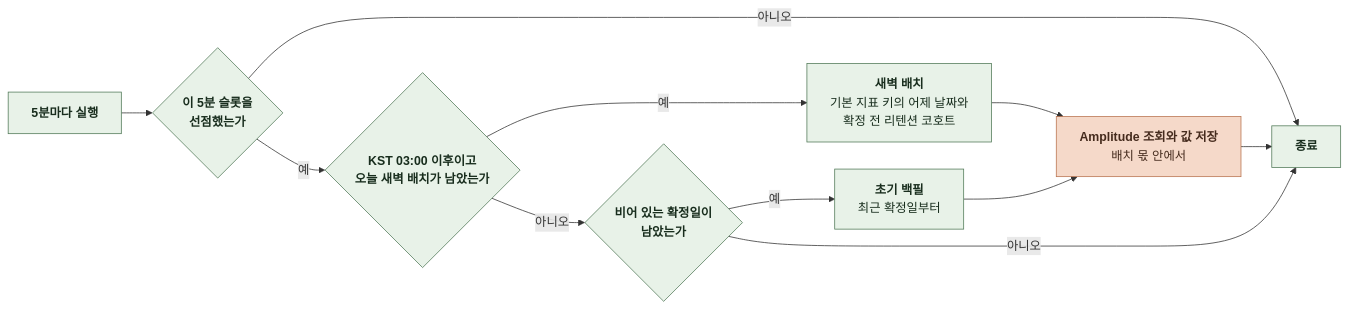
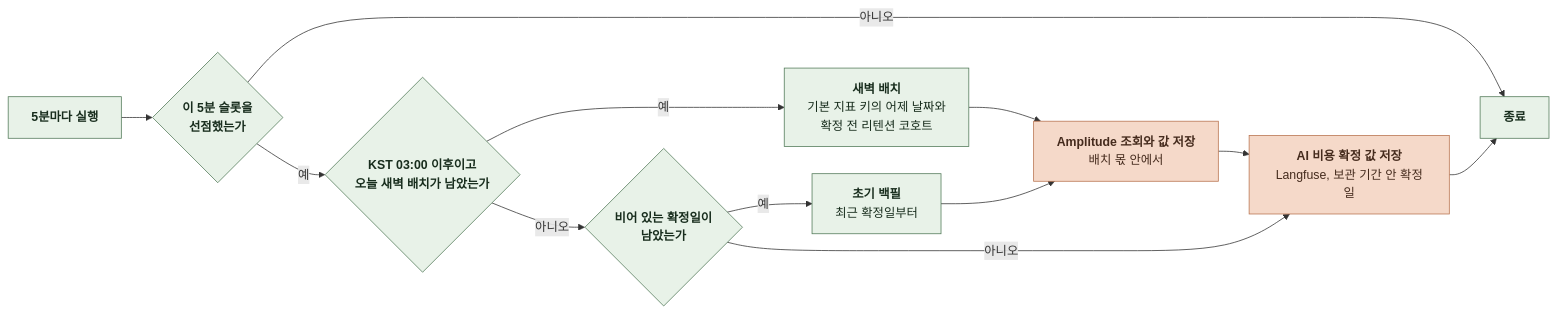
Diagram 17 of 19 in docs/domain/ADMIN/BACKEND/4-1-PIPELINES.md (KIM-N-KANG/knk-harness), drawn with Mermaid before and after one commit. The commit also changed other lines of this file and 8 other files, not shown here.

````diff
--- a/docs/domain/ADMIN/BACKEND/4-1-PIPELINES.md
+++ b/docs/domain/ADMIN/BACKEND/4-1-PIPELINES.md
@@ -657,25 +657,27 @@
 ```mermaid
 %%{init: {"flowchart": {"curve": "basis", "nodeSpacing": 24, "rankSpacing": 40}}}%%
 flowchart LR
     A["`**5분마다 실행**`"] --> B{"`**이 5분 슬롯을
 선점했는가**`"}
     B -->|아니오| Z["`**종료**`"]
     B -->|예| C{"`**KST 03:00 이후이고
 오늘 새벽 배치가 남았는가**`"}
     C -->|예| D["`**새벽 배치**
 기본 지표 키의 어제 날짜와
 확정 전 리텐션 코호트`"]
     C -->|아니오| E{"`**비어 있는 확정일이
 남았는가**`"}
     E -->|예| F["`**초기 백필**
 최근 확정일부터`"]
-    E -->|아니오| Z
+    E -->|아니오| L
     D --> G["`**Amplitude 조회와 값 저장**
 배치 몫 안에서`"]
     F --> G
-    G --> Z
+    G --> L["`**AI 비용 확정 값 저장**
+Langfuse, 보관 기간 안 확정일`"]
+    L --> Z
     classDef comp fill:#E8F2E8,stroke:#527A59,color:#182D1D
     classDef task fill:#F5D9C9,stroke:#B97450,color:#452B1D
     class A,B,C,D,E,F,Z comp
-    class G task
+    class G,L task
 ```
````
